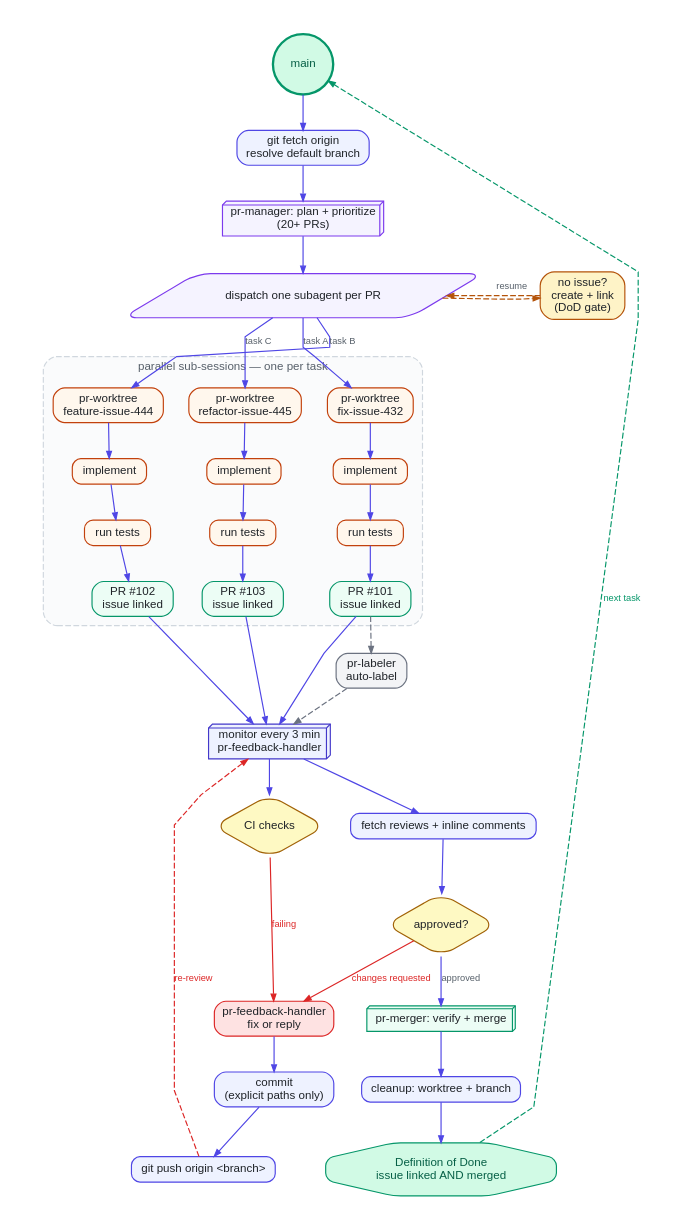
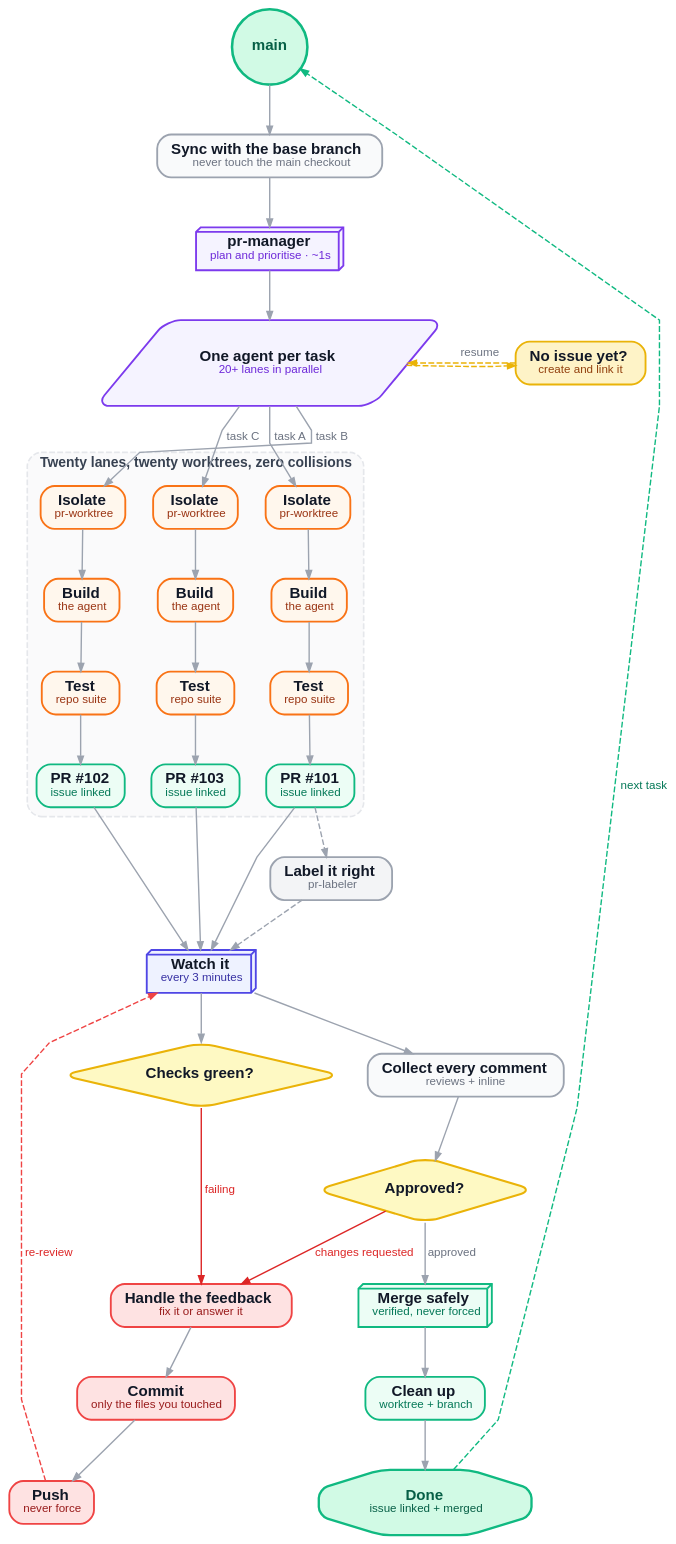
One commit to kburym/gh-skills changed the diagram in assets/pr-lifecycle.dot. Above: the diagram before and after it, drawn with Graphviz. The commit also changed 12 other files, not shown here.

First line of the commit message:
Make the diagrams marketing-ready, fix the OpenClaw link, and stop shipping a fake 13th skill

```diff
--- a/assets/pr-lifecycle.dot
+++ b/assets/pr-lifecycle.dot
@@ -1,121 +1,124 @@
-// gh-skills — PR lifecycle flow
+// gh-skills — the pull request lifecycle, from main to merged.
 // Render:  ./assets/build-diagram.sh   (dot + animated-SVG injection)
 // Source of truth: this file. The SVG in assets/ is generated from it.
-//
-// Laid out top-to-bottom so it stays readable inside a README column:
-// one spine down the middle, the parallel task tree as three side-by-side
-// columns, and the feedback loops as back-edges.
-digraph PR_FLOW {
+digraph PR_LIFECYCLE {
   rankdir=TB;
   splines=polyline;
-  bgcolor="#ffffff";
-  pad="0.3";
-  nodesep="0.30";
-  ranksep="0.42";
+  bgcolor="transparent";
+  pad="0.35";
+  nodesep="0.32";
+  ranksep="0.58";
+  fontname="Helvetica,Arial,sans-serif";
 
   node [shape=box, style="rounded,filled", fontname="Helvetica,Arial,sans-serif",
-        fontsize=10, fontcolor="#1f2328", color="#4f46e5", fillcolor="#eef2ff",
-        margin="0.12,0.06", height=0.30];
-  edge [color="#4f46e5", fontname="Helvetica,Arial,sans-serif", fontsize=8,
-        fontcolor="#57606a", arrowsize=0.6];
+        fontsize=13, fontcolor="#111827", color="#4F46E5", fillcolor="#EEF2FF",
+        penwidth=1.6, margin="0.16,0.10"];
+  edge [color="#9CA3AF", fontname="Helvetica,Arial,sans-serif", fontsize=10,
+        fontcolor="#6B7280", arrowsize=0.7, penwidth=1.2];
 
-  // ---------------- spine ----------------
-  main   [label="main", shape=circle, fixedsize=true, width=0.72, height=0.72,
-          fillcolor="#d1fae5", color="#059669", fontcolor="#065f46", penwidth=2];
-  sync   [label="git fetch origin\nresolve default branch"];
-  plan   [class="pulse", label="pr-manager: plan + prioritize\n(20+ PRs)", shape=box3d,
-          fillcolor="#f5f3ff", color="#7c3aed"];
-  fanout [class="pulse", label="dispatch one subagent per PR", shape=parallelogram,
-          fillcolor="#f5f3ff", color="#7c3aed"];
-  issue  [label="no issue?\ncreate + link\n(DoD gate)", fillcolor="#fef3c7", color="#b45309"];
+  // ---------------- the starting point ----------------
+  main [label=<<b>main</b>>, shape=circle, fixedsize=true, width=0.9, height=0.9,
+        fillcolor="#D1FAE5", color="#10B981", fontcolor="#065F46", penwidth=2.2];
+  sync [label=<<b>Sync with the base branch</b><br/><font point-size="10" color="#6B7280">never touch the main checkout</font>>,
+        fillcolor="#F9FAFB", color="#9CA3AF"];
+  plan [label=<<b>pr-manager</b><br/><font point-size="10" color="#6D28D9">plan and prioritise · ~1s</font>>,
+        shape=box3d, fillcolor="#F5F3FF", color="#7C3AED"];
+  fanout [label=<<b>One agent per task</b><br/><font point-size="10" color="#6D28D9">20+ lanes in parallel</font>>,
+          shape=parallelogram, fillcolor="#F5F3FF", color="#7C3AED"];
+  issue [label=<<b>No issue yet?</b><br/><font point-size="10" color="#92400E">create and link it</font>>,
+         fillcolor="#FEF3C7", color="#EAB308"];
 
-  // ---------------- parallel task tree (three columns) ----------------
+  // ---------------- parallel work ----------------
   subgraph cluster_tasks {
-    label="parallel sub-sessions — one per task";
-    fontname="Helvetica,Arial,sans-serif"; fontsize=10; fontcolor="#57606a";
-    color="#d0d7de"; style="rounded,dashed"; bgcolor="#fafbfc";
+    label=<<b>Twenty lanes, twenty worktrees, zero collisions</b>>;
+    fontname="Helvetica,Arial,sans-serif"; fontsize=12; fontcolor="#374151";
+    color="#E5E7EB"; style="rounded,dashed"; penwidth=1.4; bgcolor="#FAFAFB";
 
-    a_wt   [label="pr-worktree\nfix-issue-432", fillcolor="#fff7ed", color="#c2410c"];
-    a_impl [label="implement", fillcolor="#fff7ed", color="#c2410c"];
-    a_test [label="run tests", fillcolor="#fff7ed", color="#c2410c"];
-    a_pr   [label="PR #101\nissue linked", fillcolor="#ecfdf5", color="#059669"];
+    a_wt   [label=<<b>Isolate</b><br/><font point-size="10" color="#9A3412">pr-worktree</font>>, fillcolor="#FFF7ED", color="#F97316"];
+    a_impl [label=<<b>Build</b><br/><font point-size="10" color="#9A3412">the agent</font>>, fillcolor="#FFF7ED", color="#F97316"];
+    a_test [label=<<b>Test</b><br/><font point-size="10" color="#9A3412">repo suite</font>>, fillcolor="#FFF7ED", color="#F97316"];
+    a_pr   [label=<<b>PR #101</b><br/><font point-size="10" color="#047857">issue linked</font>>, fillcolor="#ECFDF5", color="#10B981"];
 
-    b_wt   [label="pr-worktree\nfeature-issue-444", fillcolor="#fff7ed", color="#c2410c"];
-    b_impl [label="implement", fillcolor="#fff7ed", color="#c2410c"];
-    b_test [label="run tests", fillcolor="#fff7ed", color="#c2410c"];
-    b_pr   [label="PR #102\nissue linked", fillcolor="#ecfdf5", color="#059669"];
+    b_wt   [label=<<b>Isolate</b><br/><font point-size="10" color="#9A3412">pr-worktree</font>>, fillcolor="#FFF7ED", color="#F97316"];
+    b_impl [label=<<b>Build</b><br/><font point-size="10" color="#9A3412">the agent</font>>, fillcolor="#FFF7ED", color="#F97316"];
+    b_test [label=<<b>Test</b><br/><font point-size="10" color="#9A3412">repo suite</font>>, fillcolor="#FFF7ED", color="#F97316"];
+    b_pr   [label=<<b>PR #102</b><br/><font point-size="10" color="#047857">issue linked</font>>, fillcolor="#ECFDF5", color="#10B981"];
 
-    c_wt   [label="pr-worktree\nrefactor-issue-445", fillcolor="#fff7ed", color="#c2410c"];
-    c_impl [label="implement", fillcolor="#fff7ed", color="#c2410c"];
-    c_test [label="run tests", fillcolor="#fff7ed", color="#c2410c"];
-    c_pr   [label="PR #103\nissue linked", fillcolor="#ecfdf5", color="#059669"];
+    c_wt   [label=<<b>Isolate</b><br/><font point-size="10" color="#9A3412">pr-worktree</font>>, fillcolor="#FFF7ED", color="#F97316"];
+    c_impl [label=<<b>Build</b><br/><font point-size="10" color="#9A3412">the agent</font>>, fillcolor="#FFF7ED", color="#F97316"];
+    c_test [label=<<b>Test</b><br/><font point-size="10" color="#9A3412">repo suite</font>>, fillcolor="#FFF7ED", color="#F97316"];
+    c_pr   [label=<<b>PR #103</b><br/><font point-size="10" color="#047857">issue linked</font>>, fillcolor="#ECFDF5", color="#10B981"];
 
     a_wt -> a_impl -> a_test -> a_pr;
     b_wt -> b_impl -> b_test -> b_pr;
     c_wt -> c_impl -> c_test -> c_pr;
 
     { rank=same; a_wt; b_wt; c_wt; }
     { rank=same; a_impl; b_impl; c_impl; }
     { rank=same; a_test; b_test; c_test; }
     { rank=same; a_pr; b_pr; c_pr; }
   }
 
-  // ---------------- shared PR loop ----------------
-  monitor [class="pulse", label="monitor every 3 min\npr-feedback-handler", shape=box3d,
-           fillcolor="#eef2ff", color="#4338ca"];
-  fetchc  [label="fetch reviews + inline comments"];
-  ci      [class="pulse", label="CI checks", shape=diamond, fillcolor="#fef9c3",
-           color="#a16207", width=0.95, height=0.75];
-  decide  [class="pulse", label="approved?", shape=diamond, fillcolor="#fef9c3",
-           color="#a16207", width=0.95, height=0.75];
-  fix     [label="pr-feedback-handler\nfix or reply", fillcolor="#fee2e2", color="#dc2626"];
-  commit  [label="commit\n(explicit paths only)"];
-  push    [label="git push origin <branch>"];
-  label_  [label="pr-labeler\nauto-label", fillcolor="#f3f4f6", color="#6b7280"];
+  // ---------------- the loop ----------------
+  monitor [class="pulse", label=<<b>Watch it</b><br/><font point-size="10" color="#3730A3">every 3 minutes</font>>,
+           shape=box3d, fillcolor="#EEF2FF", color="#4F46E5"];
+  fetchc  [label=<<b>Collect every comment</b><br/><font point-size="10" color="#6B7280">reviews + inline</font>>,
+           fillcolor="#F9FAFB", color="#9CA3AF"];
+  ci      [class="pulse", label=<<b>Checks green?</b>>, shape=diamond, fillcolor="#FEF9C3", color="#EAB308", penwidth=1.8];
+  decide  [class="pulse", label=<<b>Approved?</b>>, shape=diamond, fillcolor="#FEF9C3", color="#EAB308", penwidth=1.8];
+  fix     [class="pulse", label=<<b>Handle the feedback</b><br/><font point-size="10" color="#991B1B">fix it or answer it</font>>,
+           fillcolor="#FEE2E2", color="#EF4444"];
+  commit  [label=<<b>Commit</b><br/><font point-size="10" color="#991B1B">only the files you touched</font>>,
+           fillcolor="#FEE2E2", color="#EF4444"];
+  push    [label=<<b>Push</b><br/><font point-size="10" color="#991B1B">never force</font>>,
+           fillcolor="#FEE2E2", color="#EF4444"];
+  label_  [label=<<b>Label it right</b><br/><font point-size="10" color="#6B7280">pr-labeler</font>>,
+           fillcolor="#F3F4F6", color="#9CA3AF"];
 
-  merge   [class="pulse", label="pr-merger: verify + merge", shape=box3d,
-           fillcolor="#ecfdf5", color="#059669"];
-  cleanup [class="pulse", label="cleanup: worktree + branch"];
-  done    [class="pulse", label="Definition of Done\nissue linked AND merged",
-           shape=octagon, fillcolor="#d1fae5", color="#059669", fontcolor="#065f46"];
+  merge   [class="pulse", label=<<b>Merge safely</b><br/><font point-size="10" color="#047857">verified, never forced</font>>,
+           shape=box3d, fillcolor="#ECFDF5", color="#10B981"];
+  cleanup [class="pulse", label=<<b>Clean up</b><br/><font point-size="10" color="#047857">worktree + branch</font>>,
+           fillcolor="#ECFDF5", color="#10B981"];
+  done    [class="pulse", label=<<b>Done</b><br/><font point-size="10" color="#065F46">issue linked + merged</font>>,
+           shape=octagon, fillcolor="#D1FAE5", color="#10B981", fontcolor="#065F46", penwidth=2];
 
   // ---------------- edges ----------------
   main -> sync -> plan -> fanout;
-  fanout -> issue [style=dashed, color="#b45309"];
-  issue -> fanout [style=dashed, color="#b45309", constraint=false, label="resume"];
+  fanout -> issue [style=dashed, color="#EAB308"];
+  issue -> fanout [style=dashed, color="#EAB308", constraint=false, label=" resume "];
 
-  fanout -> a_wt [label="task A"];
-  fanout -> b_wt [label="task B"];
-  fanout -> c_wt [label="task C"];
+  fanout -> a_wt [label=" task A "];
+  fanout -> b_wt [label=" task B "];
+  fanout -> c_wt [label=" task C "];
 
   a_pr -> monitor;
   b_pr -> monitor;
   c_pr -> monitor;
-  a_pr -> label_ [style=dashed, color="#6b7280"];
-  label_ -> monitor [style=dashed, color="#6b7280"];
+  a_pr -> label_ [style=dashed, color="#9CA3AF"];
+  label_ -> monitor [style=dashed, color="#9CA3AF"];
 
   monitor -> fetchc -> decide;
   monitor -> ci;
-  ci -> fix [label="failing", color="#dc2626", fontcolor="#dc2626"];
-  decide -> fix [label="changes requested", color="#dc2626", fontcolor="#dc2626"];
+  ci -> fix [label=" failing ", color="#DC2626", fontcolor="#DC2626"];
+  decide -> fix [label=" changes requested ", color="#DC2626", fontcolor="#DC2626"];
   fix -> commit -> push;
-  push -> monitor [label="re-review", style=dashed, color="#dc2626", fontcolor="#dc2626"];
+  push -> monitor [label=" re-review ", style=dashed, color="#EF4444", fontcolor="#DC2626"];
 
-  decide -> merge [label="approved"];
+  decide -> merge [label=" approved "];
   merge -> cleanup -> done;
-  done -> main [label="next task", style=dashed, color="#059669", fontcolor="#059669",
+  done -> main [label=" next task ", style=dashed, color="#10B981", fontcolor="#047857",
                constraint=false];
 
-  // ---------------- explicit ranks ----------------
+  // ---------------- ranks ----------------
   { rank=same; main; }
   { rank=same; sync; }
   { rank=same; plan; }
   { rank=same; fanout; issue; }
   { rank=same; monitor; }
   { rank=same; fetchc; ci; }
   { rank=same; decide; }
   { rank=same; merge; fix; }
   { rank=same; cleanup; commit; }
   { rank=same; done; push; }
   { rank=same; label_; }
 }
```
